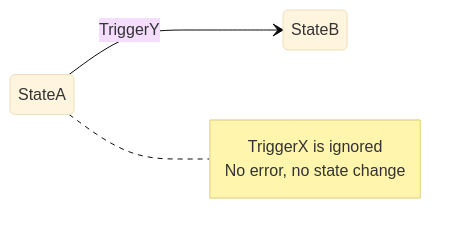
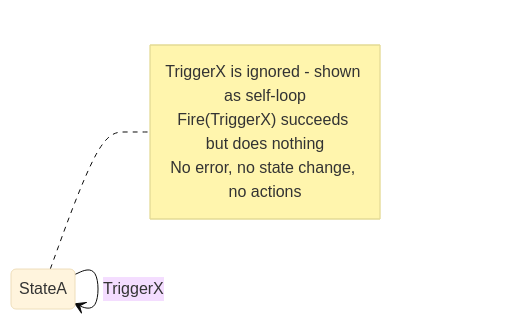
One commit to atlekbai/stateless changed the fourth of 10 diagrams in README.md. Above: the diagram before and after it, drawn with Mermaid (base theme). The commit also changed other lines of this file, not shown here.

Commit message:
Refactor README to streamline Mermaid diagram examples and clarify guard conditions

````diff
--- a/README.md
+++ b/README.md
@@ -181,10 +157,11 @@
 ```mermaid
 stateDiagram-v2
     direction LR
-    StateA --> StateB: TriggerY
+    StateA --> StateA: TriggerX
 
     note right of StateA
-        TriggerX is ignored
-        No error, no state change
+        TriggerX is ignored - shown as self-loop
+        Fire(TriggerX) succeeds but does nothing
+        No error, no state change, no actions
     end note
 ```
````
